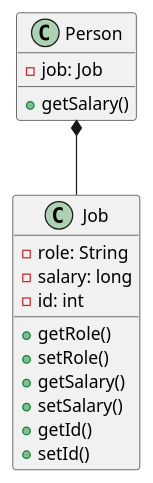
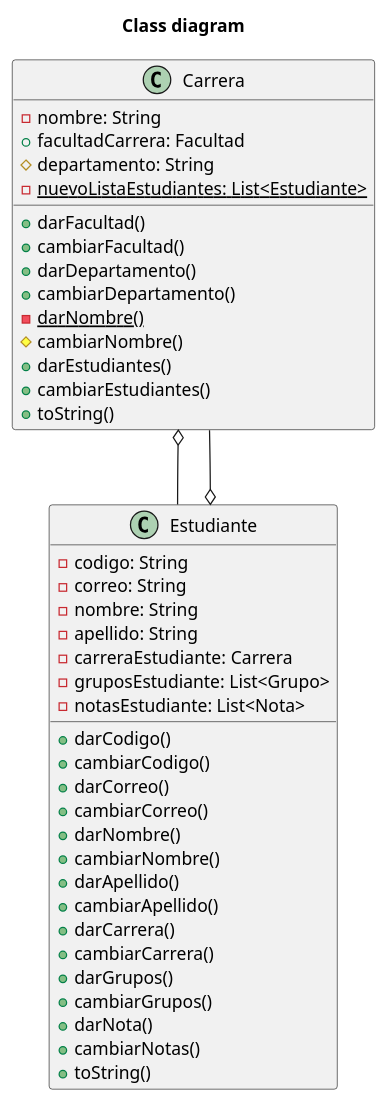
Before and after one commit to afmoyar/Java-Documentator: the diagram in Java-documentator/Documentation/Class_diagram.puml, drawn with PlantUML. The commit also changed 4 other files, not shown here.

```diff
--- a/Java-documentator/Documentation/Class_diagram.puml
+++ b/Java-documentator/Documentation/Class_diagram.puml
@@ -1,18 +1,44 @@
 @startuml
-class Job{
-	-role: String
-	-salary: long
-	-id: int
-	+getRole()
-	+setRole()
-	+getSalary()
-	+setSalary()
-	+getId()
-	+setId()
+title Class diagram
+class Carrera{
+	-nombre: String
+	+facultadCarrera: Facultad
+	#departamento: String
+	-{static}nuevoListaEstudiantes: List<Estudiante>
+	+darFacultad()
+	+cambiarFacultad()
+	+darDepartamento()
+	+cambiarDepartamento()
+	-{static}darNombre()
+	#cambiarNombre()
+	+darEstudiantes()
+	+cambiarEstudiantes()
+	+toString()
 }
-class Person{
-	-job: Job
-	+getSalary()
+class Estudiante{
+	-codigo: String
+	-correo: String
+	-nombre: String
+	-apellido: String
+	-carreraEstudiante: Carrera
+	-gruposEstudiante: List<Grupo>
+	-notasEstudiante: List<Nota>
+	+darCodigo()
+	+cambiarCodigo()
+	+darCorreo()
+	+cambiarCorreo()
+	+darNombre()
+	+cambiarNombre()
+	+darApellido()
+	+cambiarApellido()
+	+darCarrera()
+	+cambiarCarrera()
+	+darGrupos()
+	+cambiarGrupos()
+	+darNota()
+	+cambiarNotas()
+	+toString()
 }
-Person *-- Job
+Carrera o-- Estudiante
+Estudiante o-- Carrera
 @enduml
```
